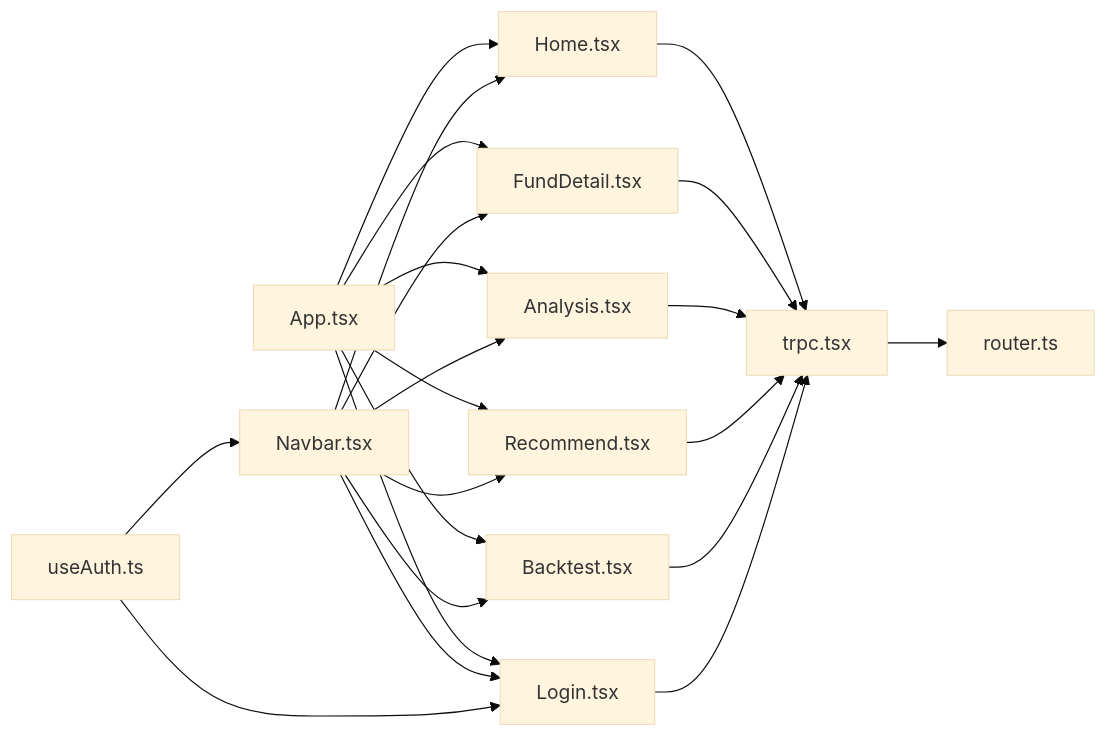
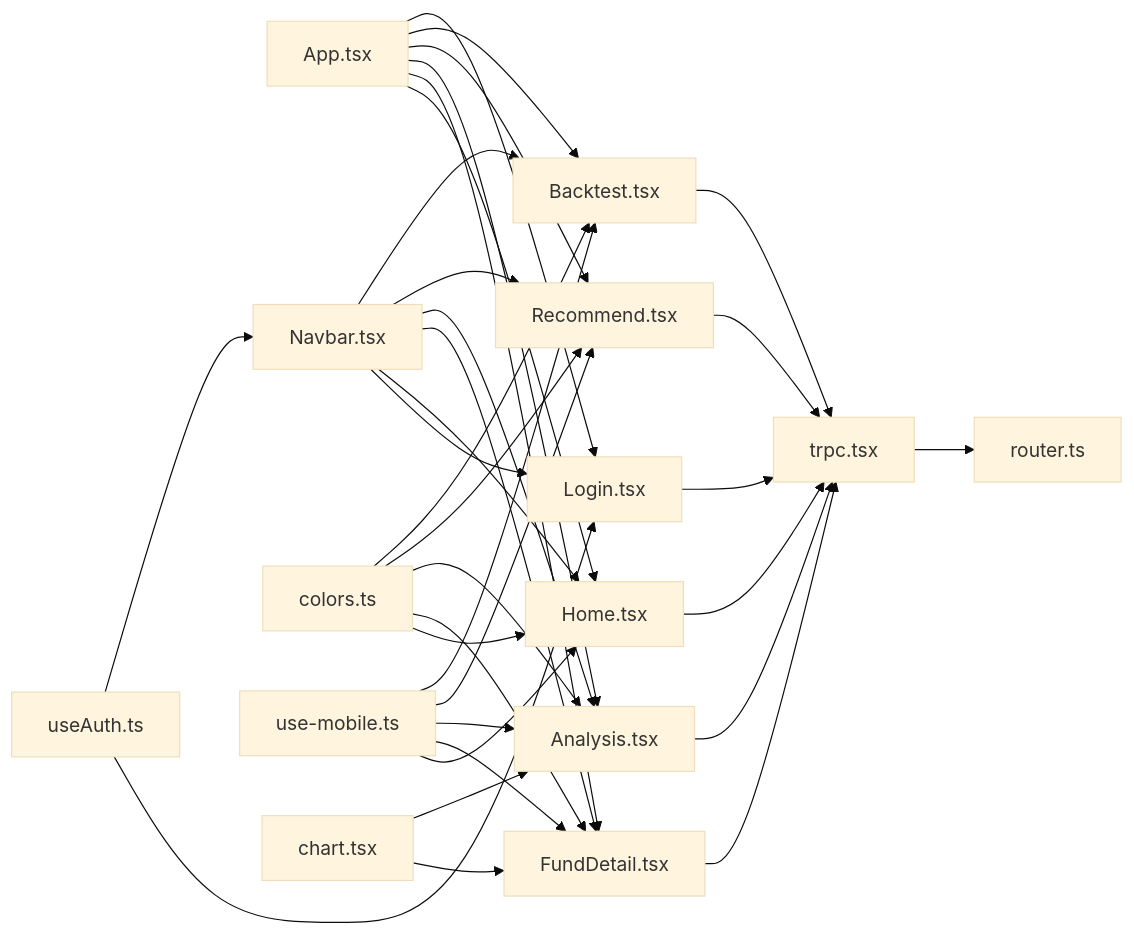
The eighth of 8 diagrams in .qoder/repowiki/zh/content/前端应用文档/页面组件系统.md (youkell85/FundTrader), drawn with Mermaid (base theme) before and after one commit. The commit also changed other lines of this file and 11 other files, not shown here.

````diff
--- a/.qoder/repowiki/zh/content/前端应用文档/页面组件系统.md
+++ b/.qoder/repowiki/zh/content/前端应用文档/页面组件系统.md
@@ -356,24 +430,36 @@
 ```mermaid
 graph LR
 App["App.tsx"] --> Home["Home.tsx"]
 App --> Detail["FundDetail.tsx"]
 App --> Analysis["Analysis.tsx"]
 App --> Recommend["Recommend.tsx"]
 App --> Backtest["Backtest.tsx"]
 App --> Login["Login.tsx"]
 Home --> TRPC["trpc.tsx"]
 Detail --> TRPC
 Analysis --> TRPC
 Recommend --> TRPC
 Backtest --> TRPC
 Login --> TRPC
 TRPC --> API["router.ts"]
 Navbar["Navbar.tsx"] --> Login
 Navbar --> Home
 Navbar --> Detail
 Navbar --> Analysis
 Navbar --> Recommend
 Navbar --> Backtest
 useAuth["useAuth.ts"] --> Login
 useAuth --> Navbar
+colors["colors.ts"] --> Home
+colors --> Detail
+colors --> Analysis
+colors --> Recommend
+colors --> Backtest
+useMobile["use-mobile.ts"] --> Home
+useMobile --> Detail
+useMobile --> Analysis
+useMobile --> Recommend
+useMobile --> Backtest
+chart["chart.tsx"] --> Detail
+chart --> Analysis
 ```
````
